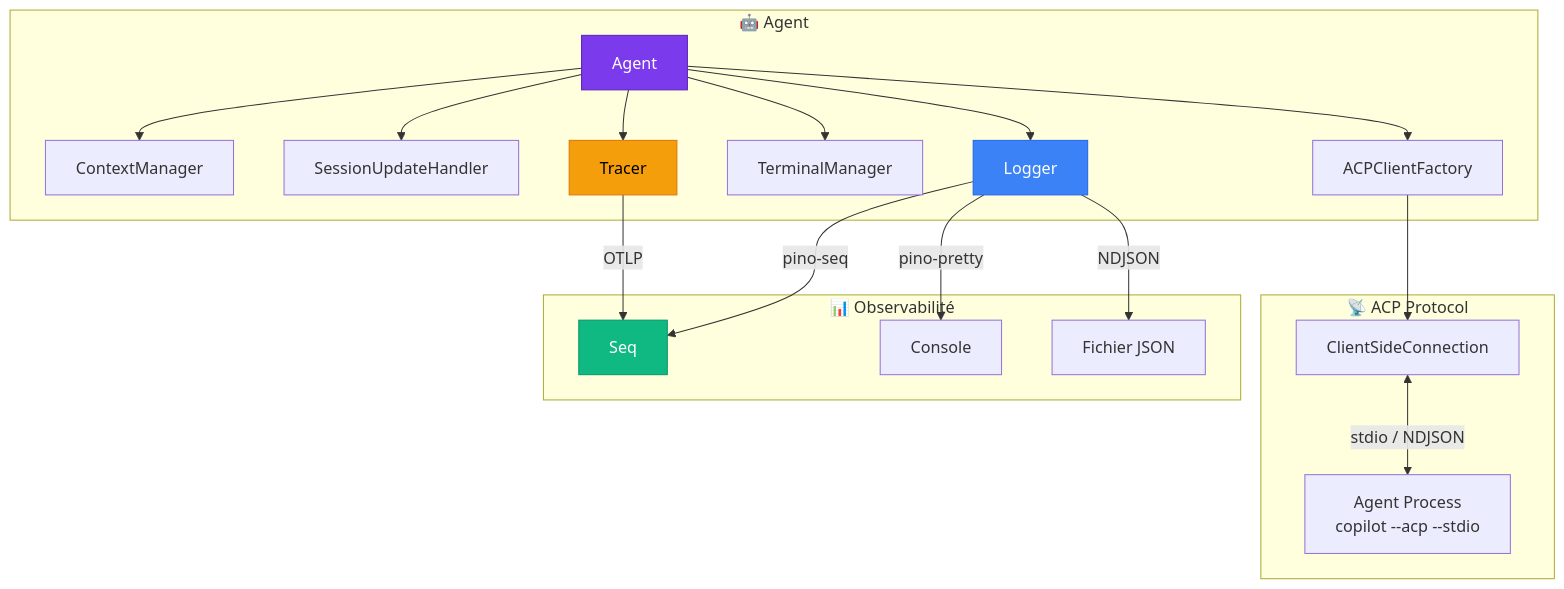
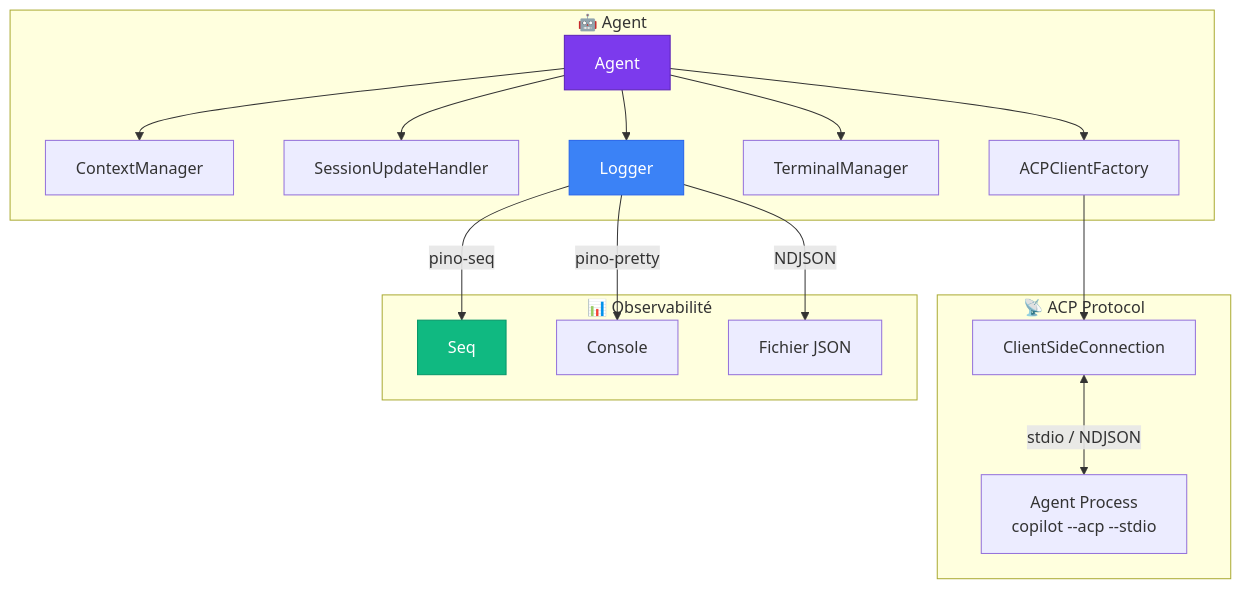
One commit to atinseau/stark changed the diagram in docs/index.md. Above: the diagram before and after it, drawn with Mermaid. The commit also changed other lines of this file and 13 other files, not shown here.

````diff
--- a/docs/index.md
+++ b/docs/index.md
@@ -71,28 +69,25 @@
 ```mermaid
 graph TB
     subgraph "🤖 Agent"
         A[Agent] --> CM[ContextManager]
         A --> SUH[SessionUpdateHandler]
         A --> ACF[ACPClientFactory]
         A --> TM[TerminalManager]
-        A --> T[Tracer]
         A --> L[Logger]
     end
 
     subgraph "📡 ACP Protocol"
         ACF --> CONN[ClientSideConnection]
         CONN <-->|stdio / NDJSON| PROC[Agent Process<br/>copilot --acp --stdio]
     end
 
     subgraph "📊 Observabilité"
-        T -->|OTLP| SEQ[Seq]
-        L -->|pino-seq| SEQ
+        L -->|pino-seq| SEQ[Seq]
         L -->|pino-pretty| CONSOLE[Console]
         L -->|NDJSON| FILE[Fichier JSON]
     end
 
     style A fill:#7c3aed,stroke:#5b21b6,color:#fff
-    style T fill:#f59e0b,stroke:#d97706,color:#000
     style L fill:#3b82f6,stroke:#2563eb,color:#fff
     style SEQ fill:#10b981,stroke:#059669,color:#fff
 ```
````
